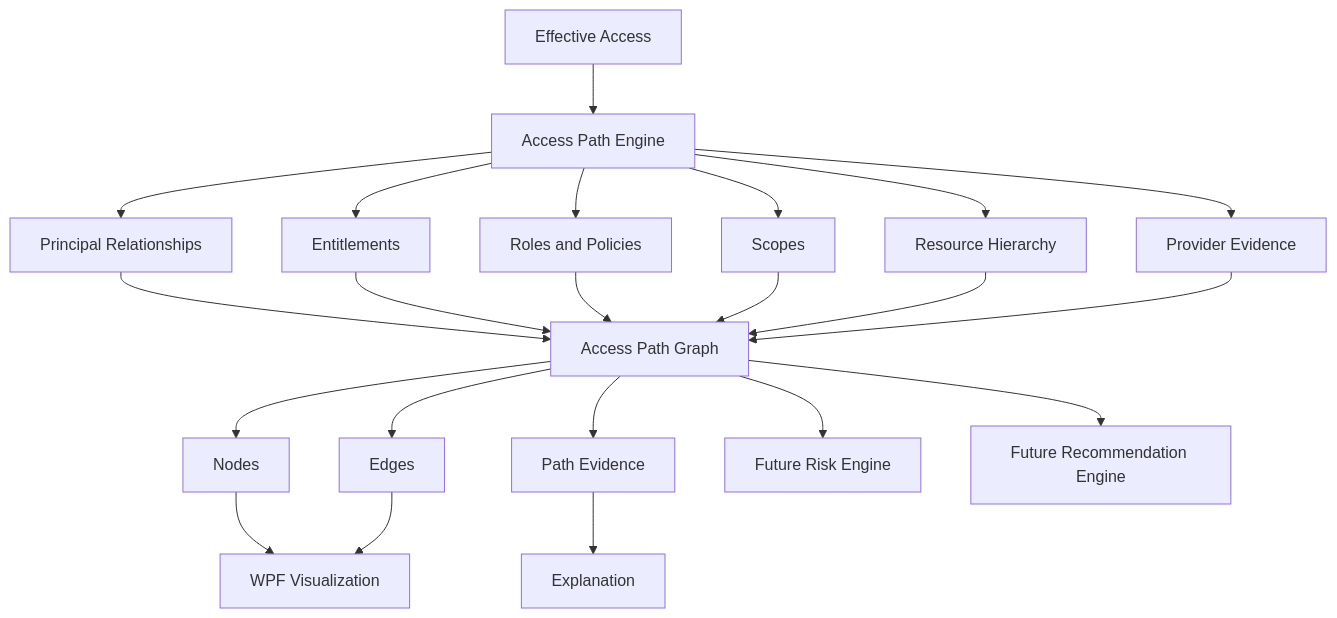
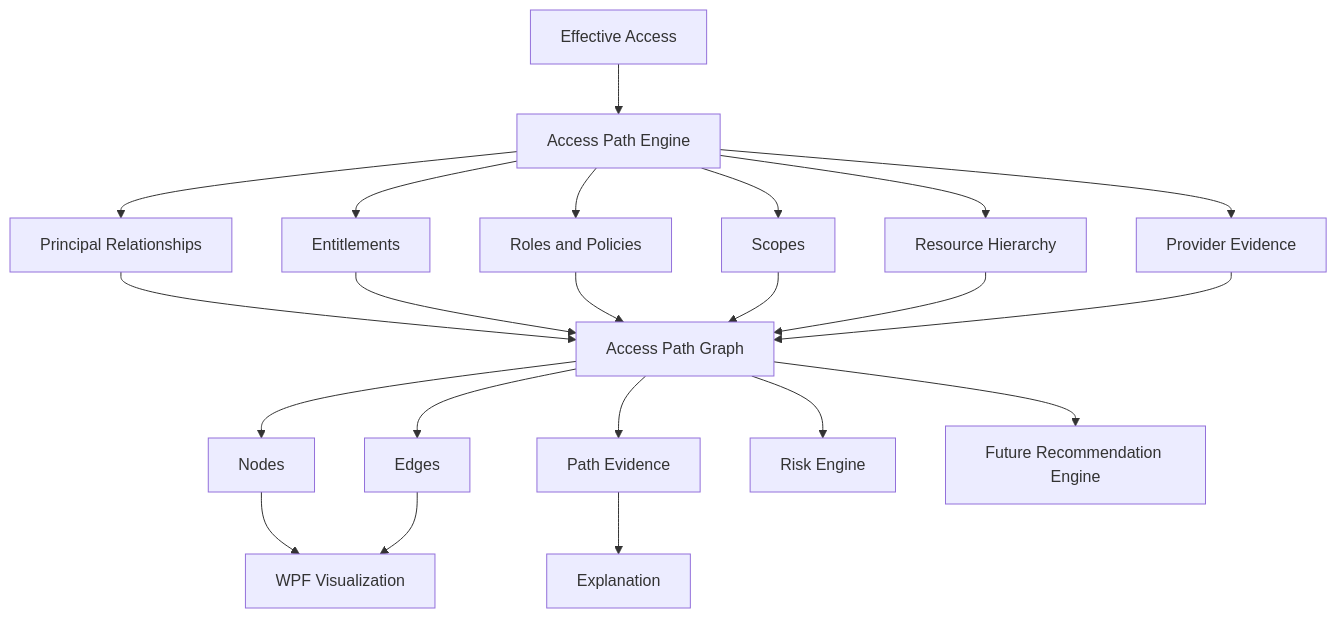
The diagram in docs/architecture/access-path-engine.md (Sharma18Kamal/yaskciem), drawn with Mermaid before and after one commit. The commit also changed other lines of this file and 61 other files, not shown here.

````diff
--- a/docs/architecture/access-path-engine.md
+++ b/docs/architecture/access-path-engine.md
@@ -5,24 +5,24 @@
 ```mermaid
 flowchart TD
     A[Effective Access] --> B[Access Path Engine]
     B --> C[Principal Relationships]
     B --> D[Entitlements]
     B --> E[Roles and Policies]
     B --> F[Scopes]
     B --> G[Resource Hierarchy]
     B --> H[Provider Evidence]
     C --> I[Access Path Graph]
     D --> I
     E --> I
     F --> I
     G --> I
     H --> I
     I --> J[Nodes]
     I --> K[Edges]
     I --> L[Path Evidence]
     J --> M[WPF Visualization]
     K --> M
     L --> N[Explanation]
-    I --> O[Future Risk Engine]
+    I --> O[Risk Engine]
     I --> P[Future Recommendation Engine]
 ```
````
